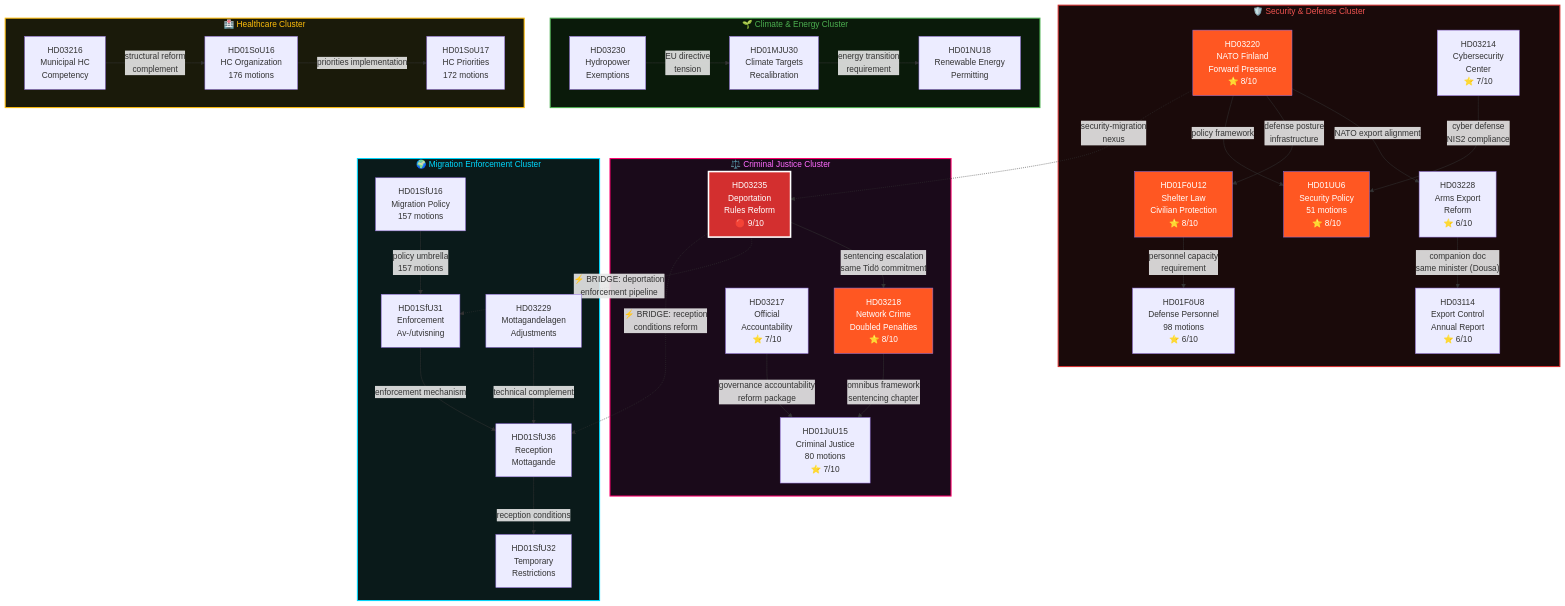
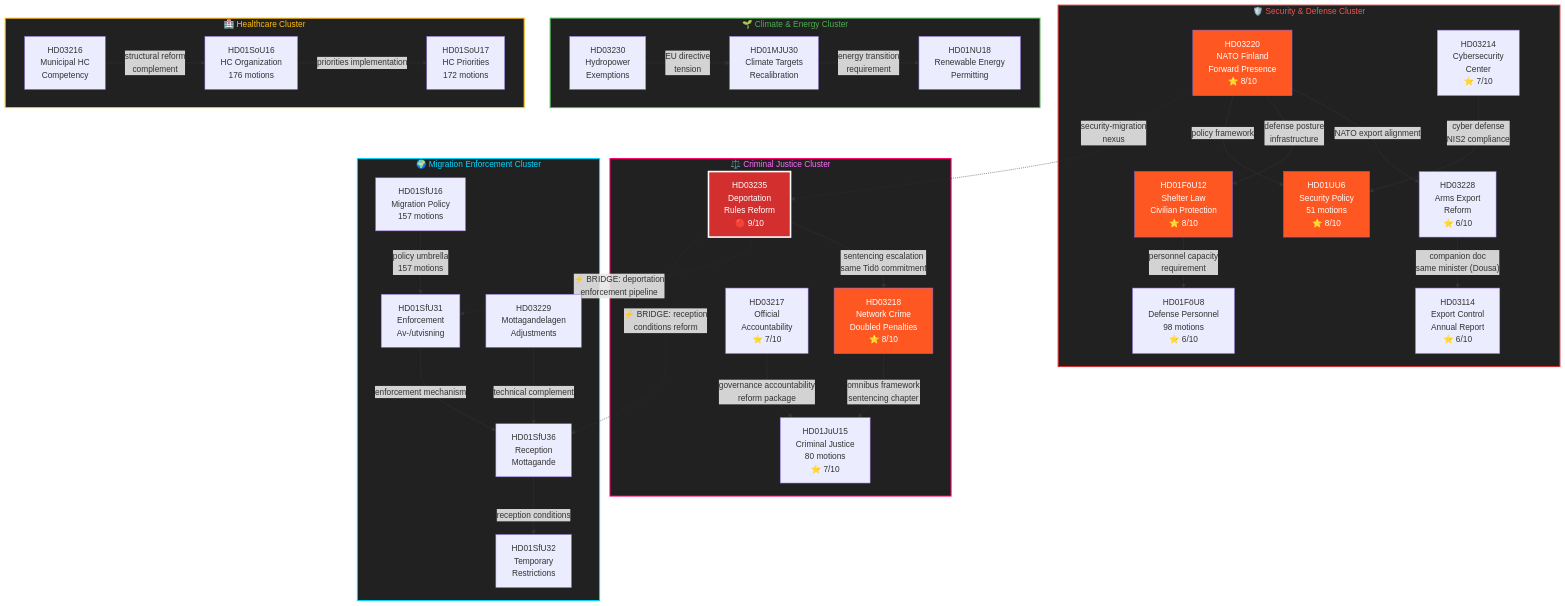
One commit to Hack23/riksdagsmonitor changed the diagram in analysis/daily/2026-04-11/weekly-review/cross-reference-map.md. Above: the diagram before and after it, drawn with Mermaid. The commit also changed 121 other files, not shown here.

````diff
--- a/analysis/daily/2026-04-11/weekly-review/cross-reference-map.md
+++ b/analysis/daily/2026-04-11/weekly-review/cross-reference-map.md
@@ -19,78 +19,78 @@
 ```mermaid
 graph TD
     subgraph SEC["🛡️ Security & Defense Cluster"]
-        style SEC fill:#1a0a0a,color:#EF5350,stroke:#D32F2F,stroke-width:2px
+        style SEC fill:#212121,color:#EF5350,stroke:#D32F2F,stroke-width:2px
         HD03220["HD03220<br/>NATO Finland<br/>Forward Presence<br/>⭐ 8/10"]
         HD01FOU12["HD01FöU12<br/>Shelter Law<br/>Civilian Protection<br/>⭐ 8/10"]
         HD01UU6["HD01UU6<br/>Security Policy<br/>51 motions<br/>⭐ 8/10"]
         HD01FOU8["HD01FöU8<br/>Defense Personnel<br/>98 motions<br/>⭐ 6/10"]
         HD03214["HD03214<br/>Cybersecurity<br/>Center<br/>⭐ 7/10"]
         HD03228["HD03228<br/>Arms Export<br/>Reform<br/>⭐ 6/10"]
         HD03114["HD03114<br/>Export Control<br/>Annual Report<br/>⭐ 6/10"]
     end
 
     subgraph CJ["⚖️ Criminal Justice Cluster"]
-        style CJ fill:#1a0a1a,color:#ff6bff,stroke:#ff006e,stroke-width:2px
+        style CJ fill:#212121,color:#ff6bff,stroke:#ff006e,stroke-width:2px
         HD03235["HD03235<br/>Deportation<br/>Rules Reform<br/>🔴 9/10"]
         HD03218["HD03218<br/>Network Crime<br/>Doubled Penalties<br/>⭐ 8/10"]
         HD03217["HD03217<br/>Official<br/>Accountability<br/>⭐ 7/10"]
         HD01JUU15["HD01JuU15<br/>Criminal Justice<br/>80 motions<br/>⭐ 7/10"]
     end
 
     subgraph MIG["🌍 Migration Enforcement Cluster"]
-        style MIG fill:#0a1a1a,color:#00d9ff,stroke:#00d9ff,stroke-width:2px
+        style MIG fill:#212121,color:#00d9ff,stroke:#00d9ff,stroke-width:2px
         HD01SFU31["HD01SfU31<br/>Enforcement<br/>Av-/utvisning"]
         HD01SFU36["HD01SfU36<br/>Reception<br/>Mottagande"]
         HD01SFU32["HD01SfU32<br/>Temporary<br/>Restrictions"]
         HD01SFU16["HD01SfU16<br/>Migration Policy<br/>157 motions"]
         HD03229["HD03229<br/>Mottagandelagen<br/>Adjustments"]
     end
 
     subgraph CE["🌱 Climate & Energy Cluster"]
-        style CE fill:#0a1a0a,color:#4CAF50,stroke:#4CAF50,stroke-width:2px
+        style CE fill:#212121,color:#4CAF50,stroke:#4CAF50,stroke-width:2px
         HD01MJU30["HD01MJU30<br/>Climate Targets<br/>Recalibration"]
         HD01NU18["HD01NU18<br/>Renewable Energy<br/>Permitting"]
         HD03230["HD03230<br/>Hydropower<br/>Exemptions"]
     end
 
     subgraph HC["🏥 Healthcare Cluster"]
-        style HC fill:#1a1a0a,color:#ffbe0b,stroke:#ffbe0b,stroke-width:2px
+        style HC fill:#212121,color:#ffbe0b,stroke:#ffbe0b,stroke-width:2px
         HD03216["HD03216<br/>Municipal HC<br/>Competency"]
         HD01SOU16["HD01SoU16<br/>HC Organization<br/>176 motions"]
         HD01SOU17["HD01SoU17<br/>HC Priorities<br/>172 motions"]
     end
 
     %% Security internal links
     HD03220 -->|"NATO export alignment"| HD03228
     HD03220 -->|"defense posture<br/>infrastructure"| HD01FOU12
     HD03220 -->|"policy framework"| HD01UU6
     HD01FOU12 -->|"personnel capacity<br/>requirement"| HD01FOU8
     HD03228 -->|"companion doc<br/>same minister (Dousa)"| HD03114
     HD03214 -->|"cyber defense<br/>NIS2 compliance"| HD01UU6
 
     %% Criminal Justice internal links
     HD03235 -->|"sentencing escalation<br/>same Tidö commitment"| HD03218
     HD03218 -->|"omnibus framework<br/>sentencing chapter"| HD01JUU15
     HD03217 -->|"governance accountability<br/>reform package"| HD01JUU15
 
     %% Migration internal links
     HD01SFU31 -->|"enforcement mechanism"| HD01SFU36
     HD01SFU36 -->|"reception conditions"| HD01SFU32
     HD03229 -->|"technical complement"| HD01SFU36
     HD01SFU16 -->|"policy umbrella<br/>157 motions"| HD01SFU31
 
     %% Cross-cluster links
     HD03235 -.->|"⚡ BRIDGE: deportation<br/>enforcement pipeline"| HD01SFU31
     HD03235 -.->|"⚡ BRIDGE: reception<br/>conditions reform"| HD01SFU36
     HD03220 -.->|"security-migration<br/>nexus"| HD03235
     HD01MJU30 -->|"energy transition<br/>requirement"| HD01NU18
     HD03230 -->|"EU directive<br/>tension"| HD01MJU30
     HD03216 -->|"structural reform<br/>complement"| HD01SOU16
     HD01SOU16 -->|"priorities implementation"| HD01SOU17
 
     style HD03235 fill:#D32F2F,color:#FFFFFF,stroke:#FFFFFF,stroke-width:3px
     style HD03220 fill:#FF5722,color:#FFFFFF
     style HD03218 fill:#FF5722,color:#FFFFFF
     style HD01FOU12 fill:#FF5722,color:#FFFFFF
     style HD01UU6 fill:#FF5722,color:#FFFFFF
 ```
````
